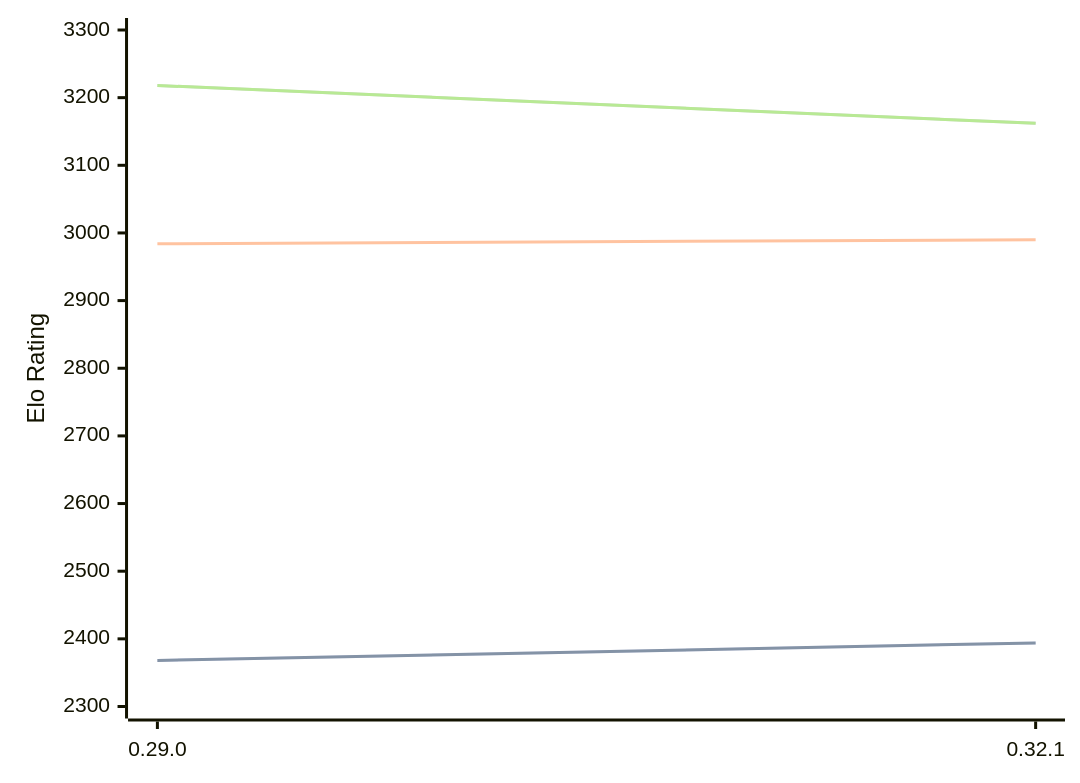
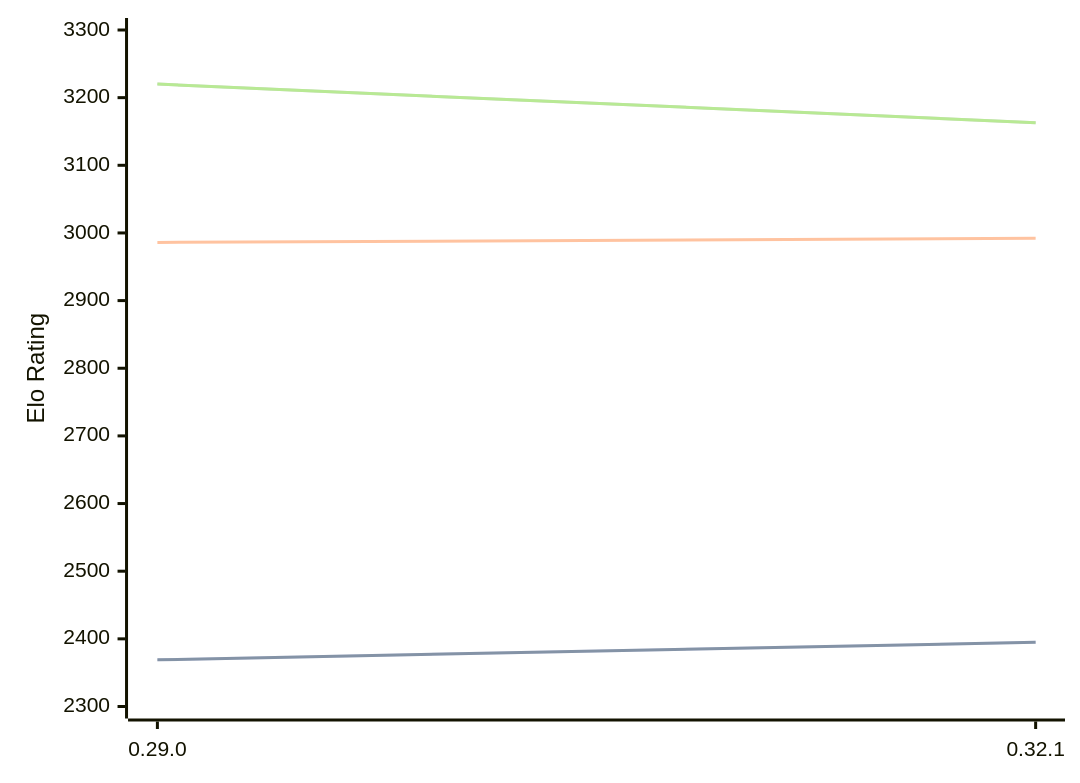
Before and after one commit to computer-chess-index/cci: the diagram in engines/Lc0.md, drawn with Mermaid. The commit also changed other lines of this file, not shown here.

Commit message:
Update CCI Ratings (ELO VLTC) - 2026-08-09

````diff
--- a/engines/Lc0.md
+++ b/engines/Lc0.md
@@ -32,11 +32,11 @@
 ```mermaid
 %%{init: {"theme":"base","themeVariables":{"seriesColors:['#a3a3a3','#222221','#faa371']}}}%%
 xychart-beta
   x-axis ["0.29.0", "0.32.1"]
   y-axis "Elo Rating" 2300 --> 3300
-  line "STC (8.0+0.08s)" [2368, 2394]
-  line "STC (8.0+0.08s)" [2368, 2394]
-  line "LTC (60.0+0.60s)" [2984, 2990]
-  line "VLTC (2m24s+1.12s)" [3218, 3162]
-  line "VLTC (2m24s+1.12s)" [3218, 3162]
+  line "STC (8.0+0.08s)" [2369, 2395]
+  line "STC (8.0+0.08s)" [2369, 2395]
+  line "LTC (60.0+0.60s)" [2986, 2992]
+  line "VLTC (2m24s+1.12s)" [3220, 3163]
+  line "VLTC (2m24s+1.12s)" [3220, 3163]
 ```
````
